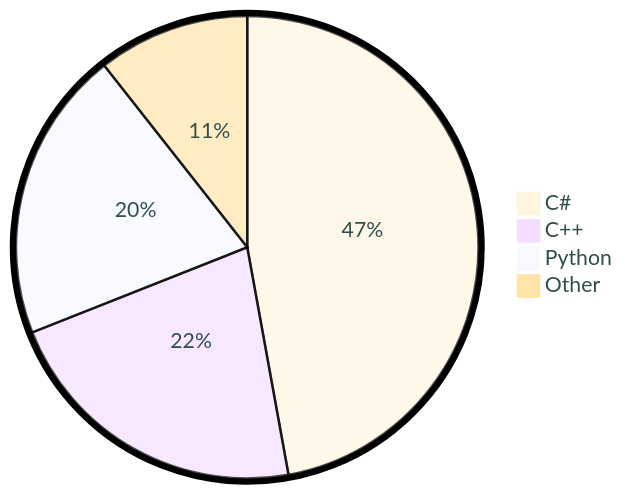
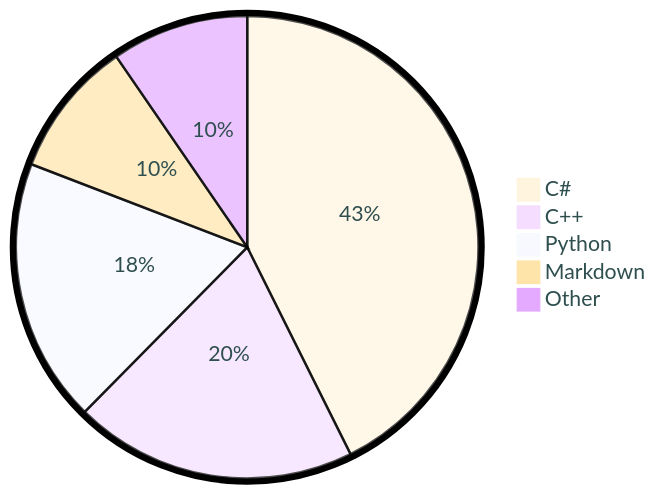
Before and after one commit to tot0p/tot0p: the diagram in README.md, drawn with Mermaid. The commit also changed other lines of this file, not shown here.

````diff
--- a/README.md
+++ b/README.md
@@ -81,8 +81,9 @@
 ```mermaid
 %%{init: {"pie": {"textPosition": 0.5}, "themeVariables": {"pieOuterStrokeWidth": "5px","primaryTextColor" : "#2F4F4F"},"theme":"base"} }%%
 pie
-	"C#": 47.14
-	"C++": 21.85
-	"Python": 20.39
-	"Other": 10.609999999999998
+	"C#": 42.64
+	"C++": 19.77
+	"Python": 18.45
+	"Markdown": 9.58
+	"Other": 9.579999999999998
 ```
````
